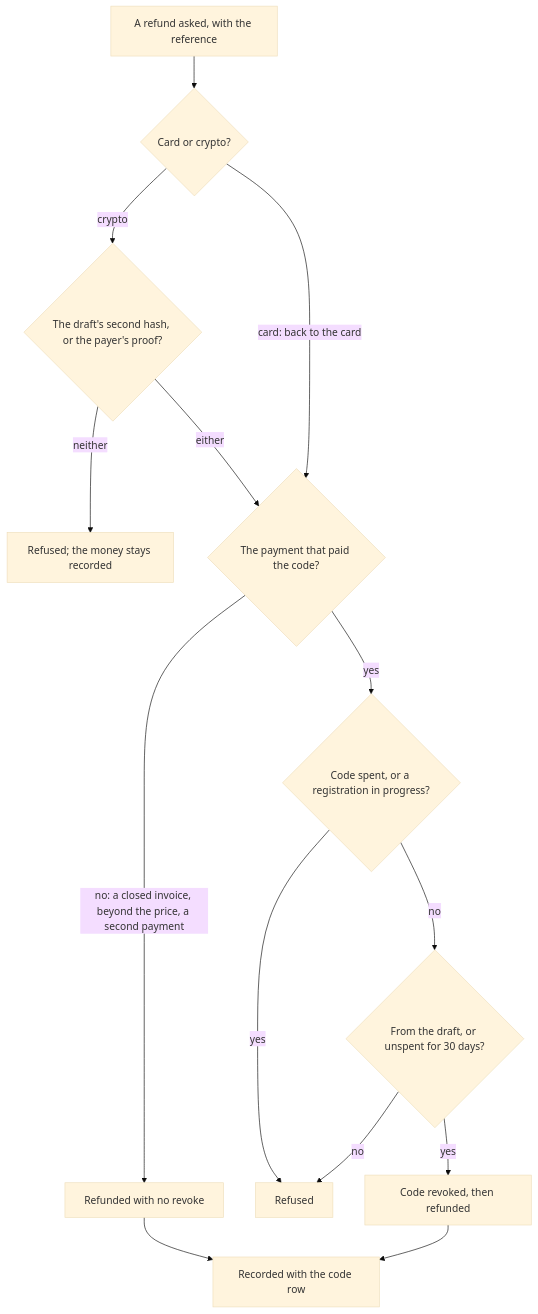
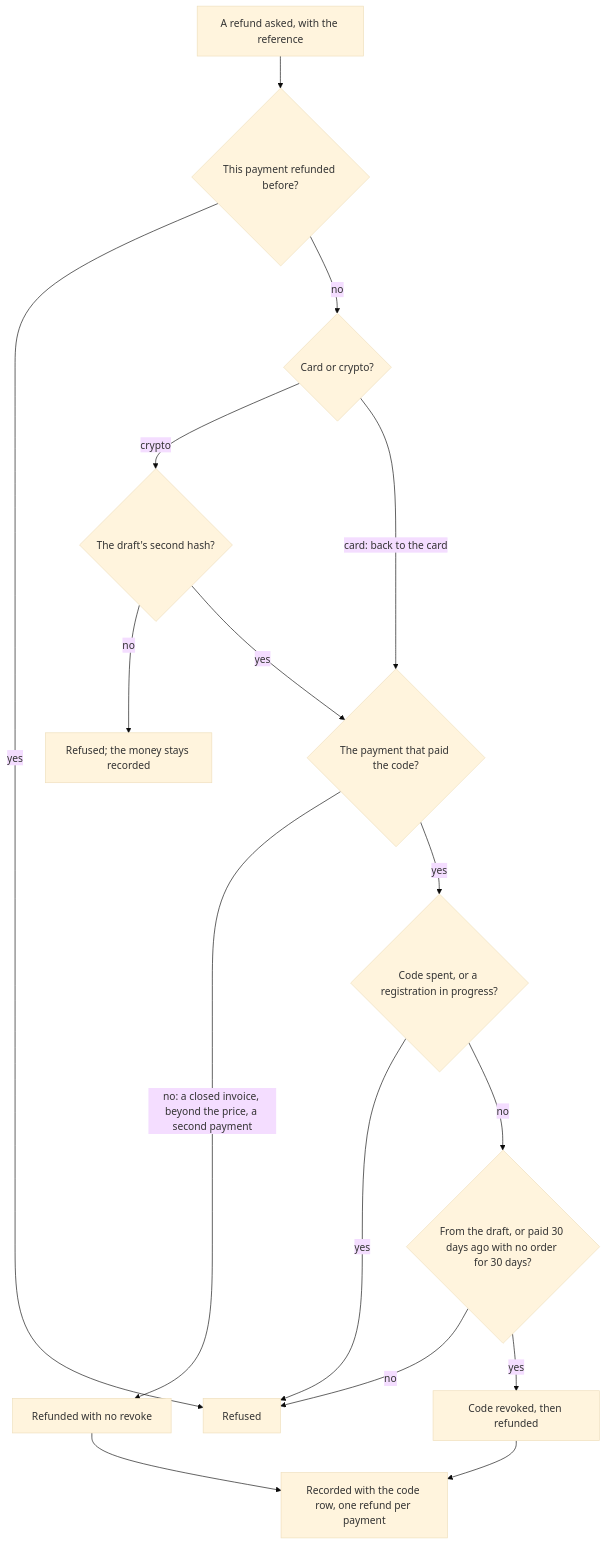
The second of 6 diagrams in plans/2026-10-30-names-in-app-purchases.md (simplex-chat/simplex-chat), drawn with Mermaid (base theme) before and after one commit. The commit also changed other lines of this file, not shown here.

Commit message:
docs: names plan refunds crypto only from the app, once per payment

````diff
--- a/plans/2026-10-30-names-in-app-purchases.md
+++ b/plans/2026-10-30-names-in-app-purchases.md
@@ -451,16 +452,18 @@
 ```mermaid
 flowchart TD
-  ask["A refund asked, with the reference"] --> how{"Card or crypto?"}
-  how -->|crypto| proof{"The draft's second hash, or the payer's proof?"}
-  proof -->|neither| kept["Refused; the money stays recorded"]
-  proof -->|either| which
+  ask["A refund asked, with the reference"] --> again{"This payment refunded before?"}
+  again -->|yes| refused["Refused"]
+  again -->|no| how{"Card or crypto?"}
+  how -->|crypto| draft{"The draft's second hash?"}
+  draft -->|no| kept["Refused; the money stays recorded"]
+  draft -->|yes| which
   how -->|"card: back to the card"| which{"The payment that paid the code?"}
   which -->|"no: a closed invoice, beyond the price, a second payment"| other["Refunded with no revoke"]
   which -->|yes| busy{"Code spent, or a registration in progress?"}
-  busy -->|yes| refused["Refused"]
-  busy -->|no| when{"From the draft, or unspent for 30 days?"}
+  busy -->|yes| refused
+  busy -->|no| when{"From the draft, or paid 30 days ago with no order for 30 days?"}
   when -->|no| refused
   when -->|yes| revoke["Code revoked, then refunded"]
-  other --> record["Recorded with the code row"]
+  other --> record["Recorded with the code row, one refund per payment"]
   revoke --> record
 ```
````
